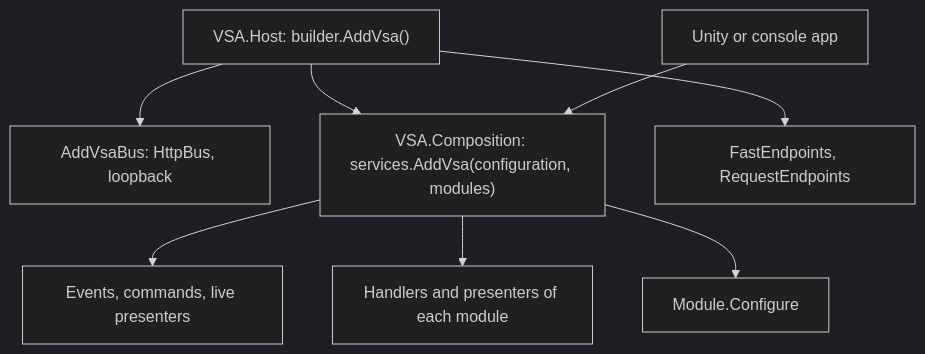
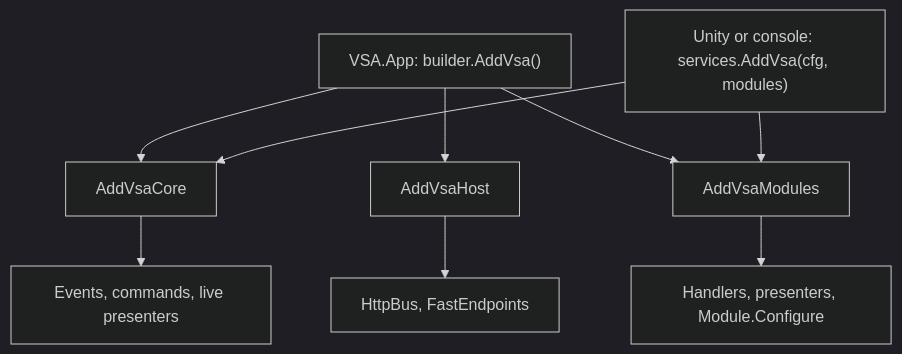
Before and after one commit to MgCohen/vsa-template: the diagram in docs/composition.md, drawn with Mermaid (dark theme). The commit also changed other lines of this file and 21 other files, not shown here.

First line of the commit message:
Split the composition into Core, Modules, Host and App

````diff
--- a/docs/composition.md
+++ b/docs/composition.md
@@ -7,10 +7,11 @@
 ```mermaid
 flowchart TD
-    W["VSA.Host: builder.AddVsa()"] --> B[AddVsaBus: HttpBus, loopback]
-    W --> C["VSA.Composition: services.AddVsa(configuration, modules)"]
-    W --> F[FastEndpoints, RequestEndpoints]
-    U["Unity or console app"] --> C
-    C --> E[Events, commands, live presenters]
-    C --> H[Handlers and presenters of each module]
-    C --> M[Module.Configure]
+    A["VSA.App: builder.AddVsa()"] --> C[AddVsaCore]
+    A --> H[AddVsaHost]
+    A --> M[AddVsaModules]
+    U["Unity or console: services.AddVsa(cfg, modules)"] --> C
+    U --> M
+    C --> C1[Events, commands, live presenters]
+    H --> H1[HttpBus, FastEndpoints]
+    M --> M1[Handlers, presenters, Module.Configure]
 ```
````
